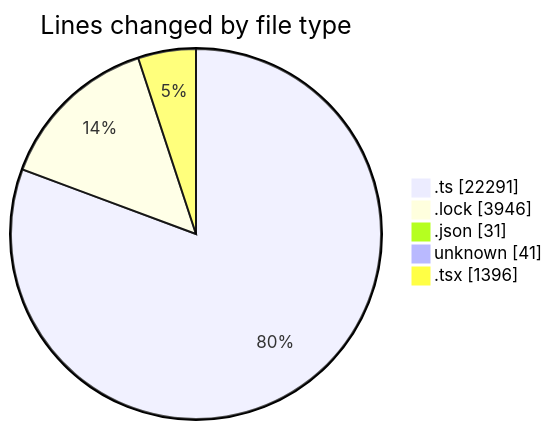
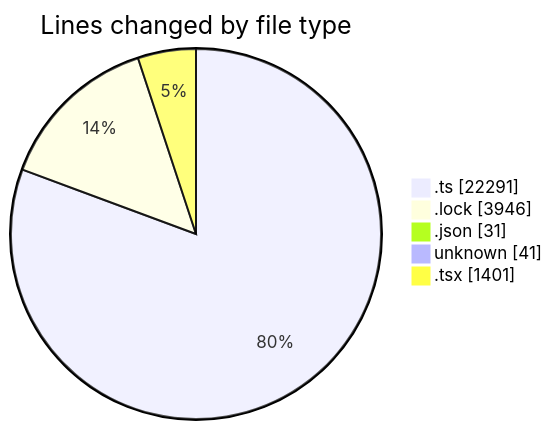
One commit to momahboobian/code-tracking changed the first of 2 diagrams in 2025-08-19/cda/README.md. Above: the diagram before and after it, drawn with Mermaid. The commit also changed other lines of this file and 1 other file, not shown here.

````diff
--- a/2025-08-19/cda/README.md
+++ b/2025-08-19/cda/README.md
@@ -39,9 +39,9 @@
 ```mermaid
 pie showData
 title Lines changed by file type
 ".ts" : 22291
 ".lock" : 3946
 ".json" : 31
 "unknown" : 41
-".tsx" : 1396
+".tsx" : 1401
 ```
````
